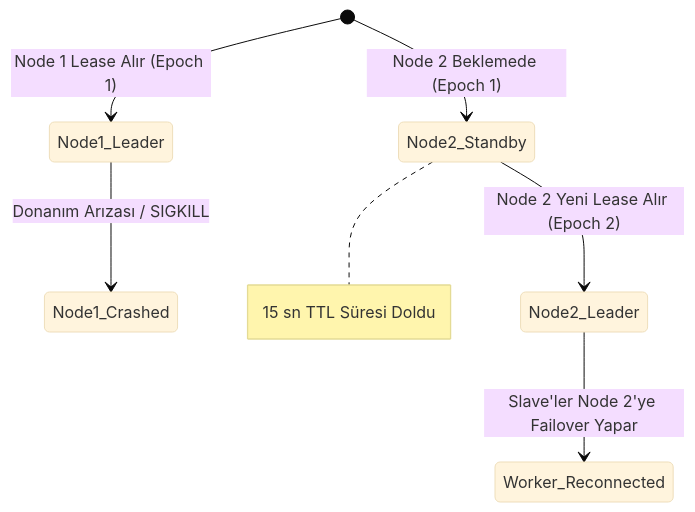
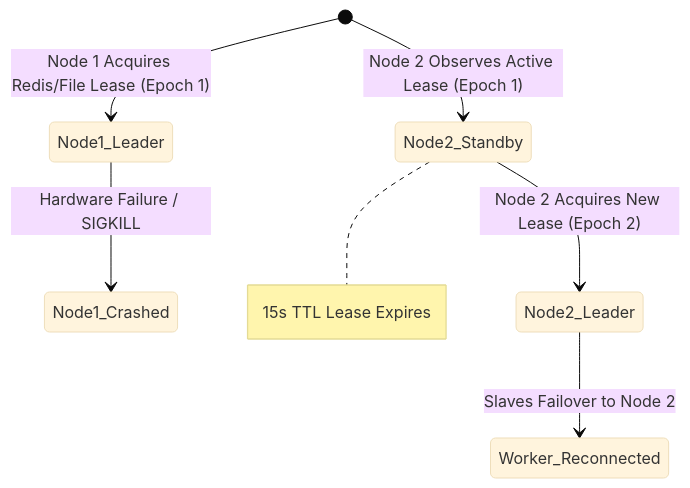
One commit to Mehmet8-Dev/Samurai changed the fifth of 5 diagrams in docs/40-distributed-control-plane-handbook.md. Above: the diagram before and after it, drawn with Mermaid (base theme). The commit also changed other lines of this file and 22 other files, not shown here.

````diff
--- a/docs/40-distributed-control-plane-handbook.md
+++ b/docs/40-distributed-control-plane-handbook.md
@@ -570,10 +570,10 @@
 ```mermaid
 stateDiagram-v2
-    [*] --> Node1_Leader: Node 1 Lease Alır (Epoch 1)
-    [*] --> Node2_Standby: Node 2 Beklemede (Epoch 1)
+    [*] --> Node1_Leader: Node 1 Acquires Redis/File Lease (Epoch 1)
+    [*] --> Node2_Standby: Node 2 Observes Active Lease (Epoch 1)
 
-    Node1_Leader --> Node1_Crashed: Donanım Arızası / SIGKILL
-    Note right of Node2_Standby: 15 sn TTL Süresi Doldu
-    Node2_Standby --> Node2_Leader: Node 2 Yeni Lease Alır (Epoch 2)
-    Node2_Leader --> Worker_Reconnected: Slave'ler Node 2'ye Failover Yapar
+    Node1_Leader --> Node1_Crashed: Hardware Failure / SIGKILL
+    Note right of Node2_Standby: 15s TTL Lease Expires
+    Node2_Standby --> Node2_Leader: Node 2 Acquires New Lease (Epoch 2)
+    Node2_Leader --> Worker_Reconnected: Slaves Failover to Node 2
 ```
````
